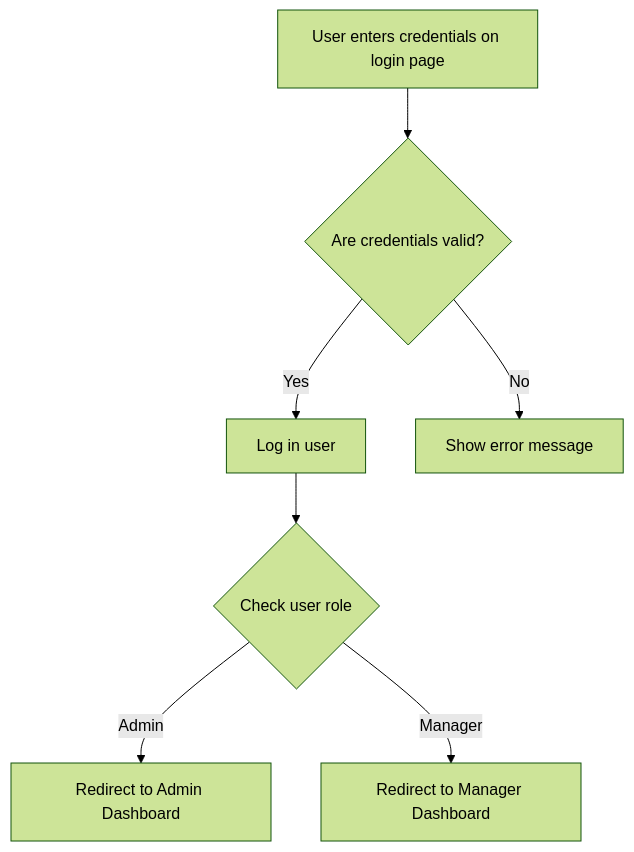
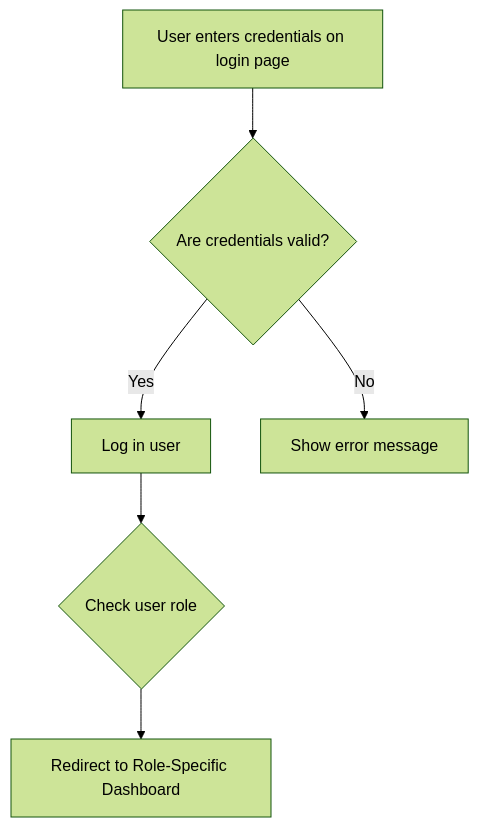
Before and after one commit to rohitagarwal-gkmit/retailpulse-docs: the diagram in docs/technical/auth.md, drawn with Mermaid (forest theme). The commit also changed other lines of this file and 8 other files, not shown here.

Commit message:
[refactor]: update future enhancements, index overview, API design, authentication flow, data flow diagrams, schema design, and use cases to detail for multi-store management and inventory tracking.

````diff
--- a/docs/technical/auth.md
+++ b/docs/technical/auth.md
@@ -7,9 +7,8 @@
 ```mermaid
 graph TD
     A[User enters credentials on login page] --> B{Are credentials valid?};
     B -- Yes --> C[Log in user];
     B -- No --> G[Show error message];
     C --> D{Check user role};
-    D -- Admin --> E[Redirect to Admin Dashboard];
-    D -- Manager --> F[Redirect to Manager Dashboard];
+    D --> E[Redirect to Role-Specific Dashboard];
 ```
````
